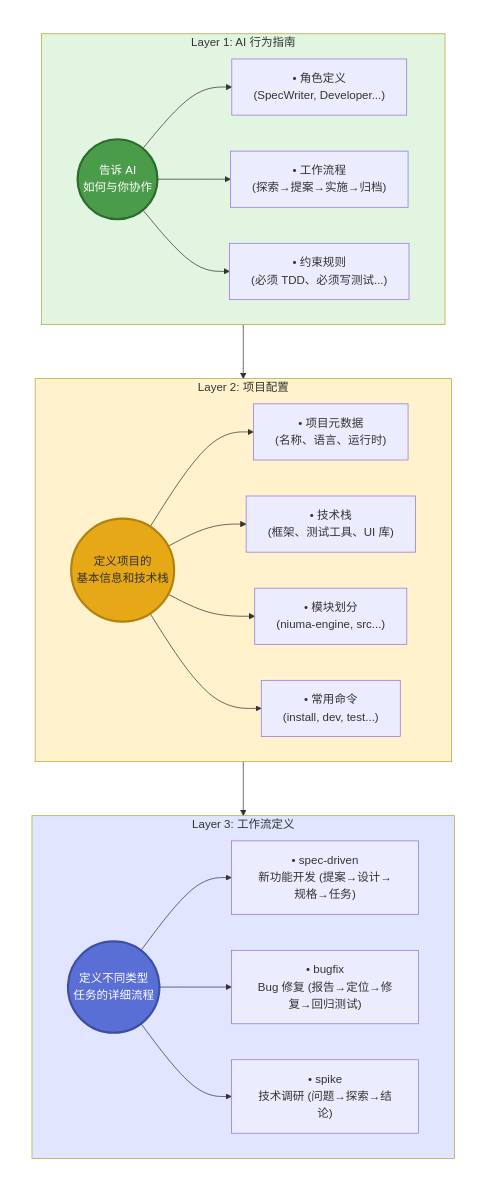
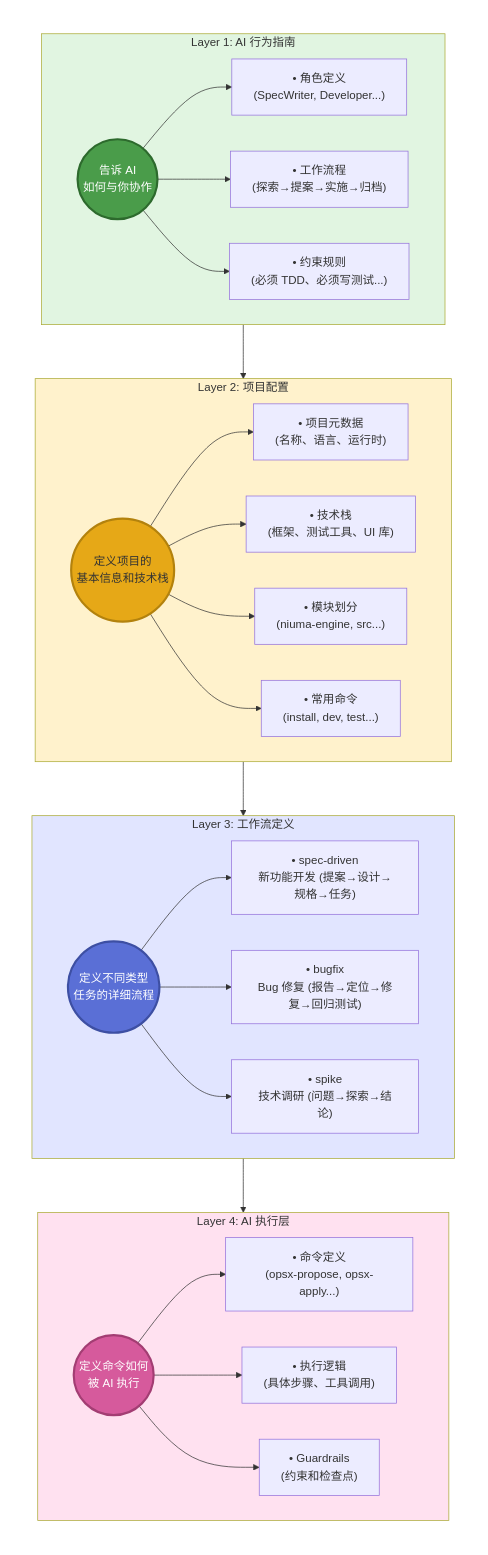
One commit to lihaizhong/niuma changed the first of 2 diagrams in docs/openspec/README.md. Above: the diagram before and after it, drawn with Mermaid. The commit also changed other lines of this file and 18 other files, not shown here.

````diff
--- a/docs/openspec/README.md
+++ b/docs/openspec/README.md
@@ -18,41 +18,51 @@
 ```mermaid
 flowchart TB
     subgraph Wrapper[" "]
         direction TB
 
         subgraph Layer1["Layer 1: AI 行为指南"]
             L1A(("告诉 AI<br/>如何与你协作"))
             L1A --> L1B["• 角色定义<br/>(SpecWriter, Developer...)"]
             L1A --> L1C["• 工作流程<br/>(探索→提案→实施→归档)"]
             L1A --> L1D["• 约束规则<br/>(必须 TDD、必须写测试...)"]
         end
 
         subgraph Layer2["Layer 2: 项目配置"]
             L2A(("定义项目的<br/>基本信息和技术栈"))
             L2A --> L2B["• 项目元数据<br/>(名称、语言、运行时)"]
             L2A --> L2C["• 技术栈<br/>(框架、测试工具、UI 库)"]
             L2A --> L2D["• 模块划分<br/>(niuma-engine, src...)"]
             L2A --> L2E["• 常用命令<br/>(install, dev, test...)"]
         end
 
         subgraph Layer3["Layer 3: 工作流定义"]
             L3A(("定义不同类型<br/>任务的详细流程"))
             L3A --> L3B["• spec-driven<br/>新功能开发 (提案→设计→规格→任务)"]
             L3A --> L3C["• bugfix<br/>Bug 修复 (报告→定位→修复→回归测试)"]
             L3A --> L3D["• spike<br/>技术调研 (问题→探索→结论)"]
         end
 
+        subgraph Layer4["Layer 4: AI 执行层"]
+            L4A(("定义命令如何<br/>被 AI 执行"))
+            L4A --> L4B["• 命令定义<br/>(opsx-propose, opsx-apply...)"]
+            L4A --> L4C["• 执行逻辑<br/>(具体步骤、工具调用)"]
+            L4A --> L4D["• Guardrails<br/>(约束和检查点)"]
+        end
+
         Layer1 --> Layer2
         Layer2 --> Layer3
+        Layer3 --> Layer4
     end
 
     style Layer1 fill:#e1f5e1
     style Layer2 fill:#fff2cc
     style Layer3 fill:#e1e5ff
+    style Layer4 fill:#ffe1f0
     style Wrapper fill:none,stroke:none
 
     %% 中心节点样式
     style L1A fill:#4a9c4a,stroke:#2d6a2d,stroke-width:3px,color:#fff
     style L2A fill:#e6a817,stroke:#b3820d,stroke-width:3px,color:#333
     style L3A fill:#5a6fd6,stroke:#3d4fa3,stroke-width:3px,color:#fff
+    style L4A fill:#d65a9c,stroke:#a33d73,stroke-width:3px,color:#fff
 ```
````
